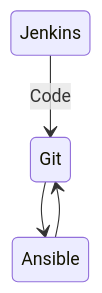
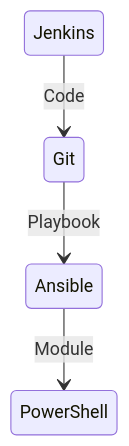
Before and after one commit to Lifailon/Deploy-PS-Module: the diagram in README.md, drawn with Mermaid.

Commit message:
test state

````diff
--- a/README.md
+++ b/README.md
@@ -7,6 +7,6 @@
 ```mermaid
 stateDiagram-v2
     Jenkins --> Git: Code
-    Git --> Ansible
-    Ansible --> Git
+    Git --> Ansible: Playbook
+    Ansible --> PowerShell: Module
 ```
````
